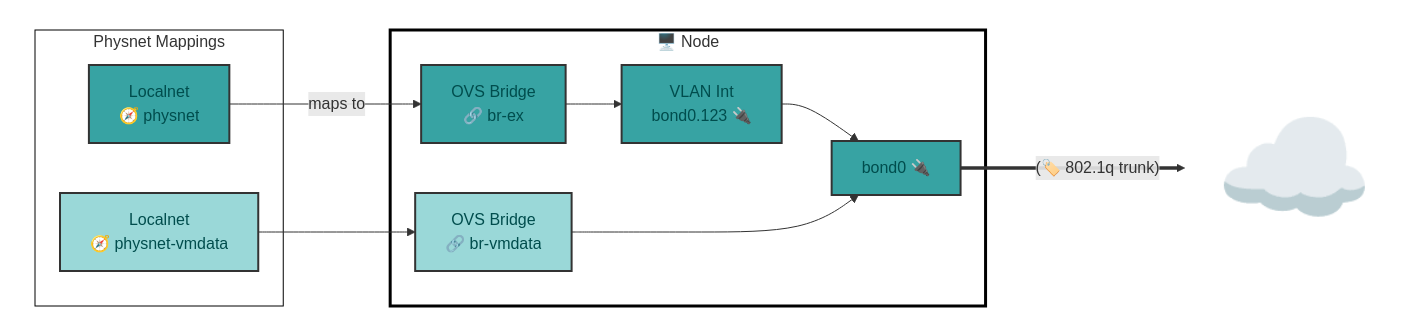
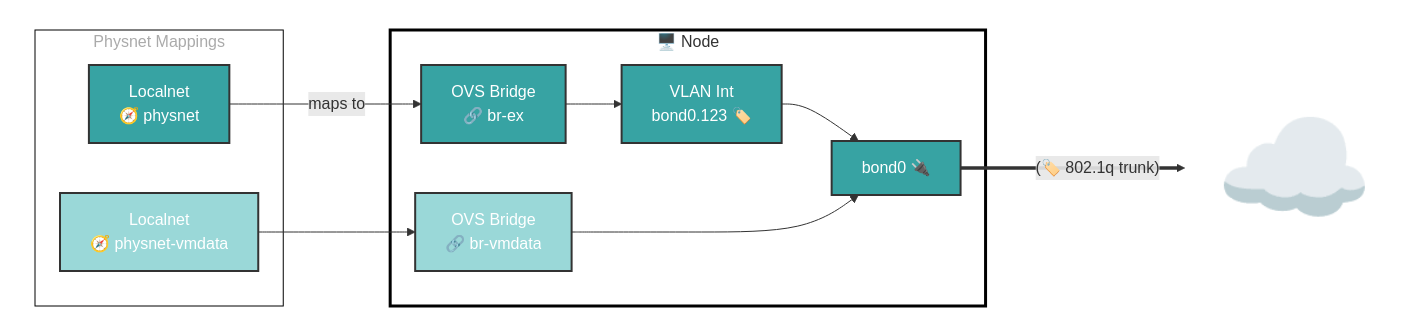
The second of 9 diagrams in README.md (dlbewley/demo-rhone-26), drawn with Mermaid before and after one commit. The commit also changed other lines of this file, not shown here.

````diff
--- a/README.md
+++ b/README.md
@@ -66,37 +69,37 @@
 ```mermaid
 graph LR;
     subgraph Cluster[" "]
       subgraph Localnets["Physnet Mappings"]
         physnet-ex[Localnet<br> 🧭 physnet]
         physnet-vmdata[Localnet<br> 🧭 physnet-vmdata]
       end
 
       subgraph node1["🖥️ Node "]
         br-ex[ OVS Bridge<br> 🔗 br-ex]
         br-vmdata[ OVS Bridge<br> 🔗 br-vmdata]
         node1-bond0[bond0 🔌]
-        node1-vlan-machine[VLAN Int<br> bond0.123 🔌]
+        node1-vlan-machine[VLAN Int<br> bond0.123 🏷️]
       end
     end
 
     physnet-ex -- maps to --> br-ex
     physnet-vmdata --> br-vmdata
     br-ex --> node1-vlan-machine --> node1-bond0
     br-vmdata --> node1-bond0
 
     Internet["☁️ "]:::Internet
     node1-bond0 ==(🏷️ 802.1q trunk)==> Internet
 
-    classDef bond0 fill:#37A3A3,color:#004d4d,stroke:#333,stroke-width:2px
+    classDef bond0 fill:#37A3A3,color:#fff,stroke:#333,stroke-width:2px
     class br-ex,physnet-ex,node1-vlan-machine,node1-bond0 bond0
 
-    classDef bond1 fill:#9ad8d8,color:#004d4d,stroke:#333,stroke-width:2px
+    classDef bond1 fill:#9ad8d8,color:#fff,stroke:#333,stroke-width:2px
     class br-vmdata,physnet-vmdata bond1
 
-    style Localnets fill:#fff,stroke:#000,stroke-width:1px
+    style Localnets fill:#fff,color:#aaa,stroke:#000,stroke-width:1px
     style Cluster color:#000,fill:#fff,stroke:#333,stroke-width:0px
     style Internet fill:none,stroke-width:0px,font-size:+2em
 
     classDef nodes fill:#fff,stroke:#000,stroke-width:3px
     class node1,node2,node3 nodes
 ```
````
